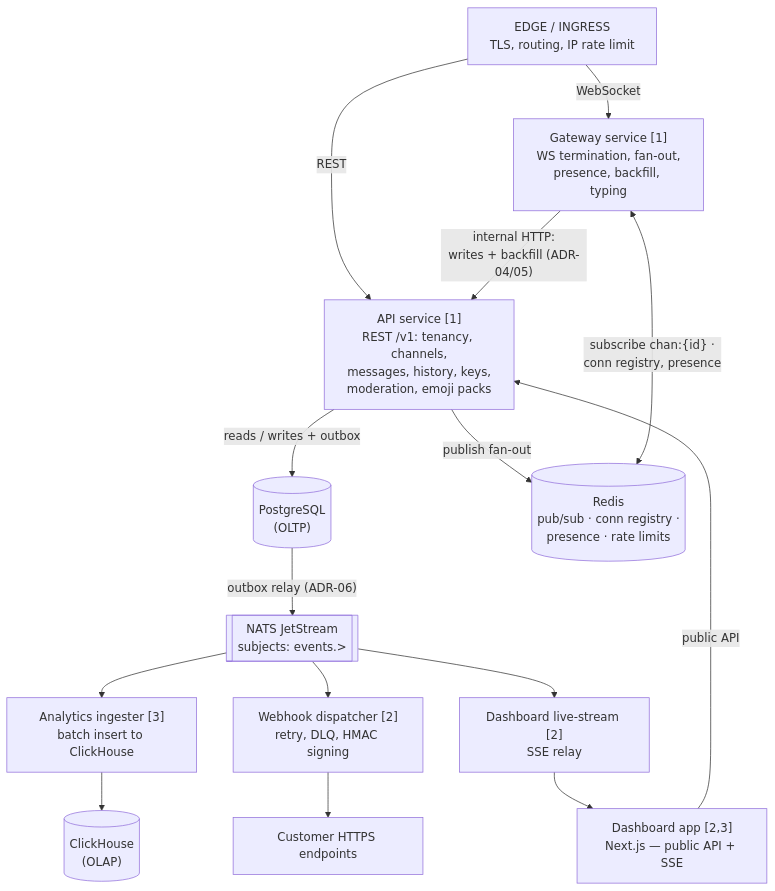
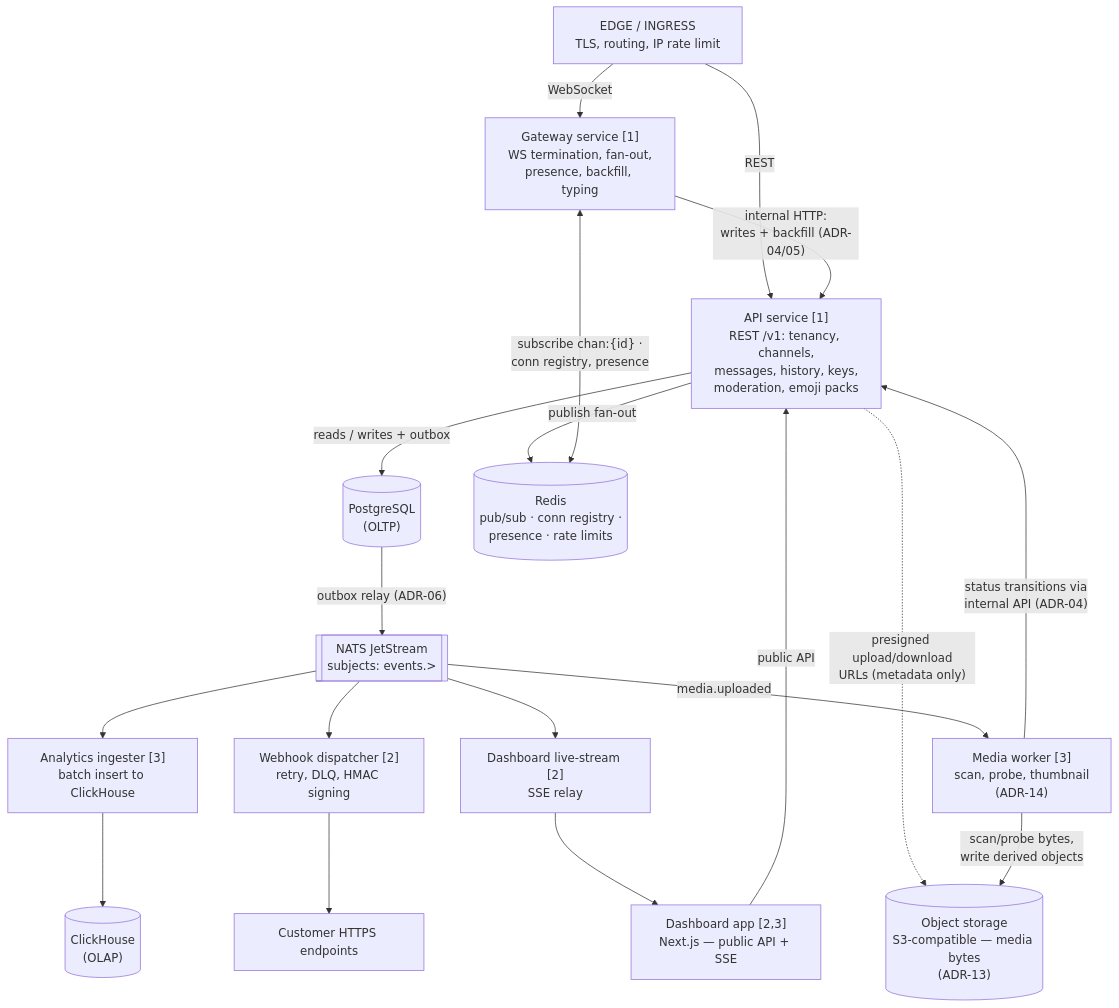
One commit to anhba817/relay changed the second of 6 diagrams in docs/05-sad.md. Above: the diagram before and after it, drawn with Mermaid. The commit also changed other lines of this file and 4 other files, not shown here.

````diff
--- a/docs/05-sad.md
+++ b/docs/05-sad.md
@@ -114,33 +114,39 @@
 ```mermaid
 flowchart TB
     edge["EDGE / INGRESS<br/>TLS, routing, IP rate limit"]
 
     api["API service [1]<br/>REST /v1: tenancy, channels,<br/>messages, history, keys,<br/>moderation, emoji packs"]
     gw["Gateway service [1]<br/>WS termination, fan-out,<br/>presence, backfill, typing"]
 
     pg[("PostgreSQL<br/>(OLTP)")]
     redis[("Redis<br/>pub/sub · conn registry ·<br/>presence · rate limits")]
     nats[["NATS JetStream<br/>subjects: events.>"]]
     ch[("ClickHouse<br/>(OLAP)")]
 
     ingester["Analytics ingester [3]<br/>batch insert to ClickHouse"]
     whd["Webhook dispatcher [2]<br/>retry, DLQ, HMAC signing"]
     sse["Dashboard live-stream [2]<br/>SSE relay"]
+    mediaw["Media worker [3]<br/>scan, probe, thumbnail<br/>(ADR-14)"]
+    obj[("Object storage<br/>S3-compatible — media bytes<br/>(ADR-13)")]
     dashapp["Dashboard app [2,3]<br/>Next.js — public API + SSE"]
     cust["Customer HTTPS endpoints"]
 
     edge -- REST --> api
     edge -- WebSocket --> gw
     gw -- "internal HTTP:<br/>writes + backfill (ADR-04/05)" --> api
     api -- "reads / writes + outbox" --> pg
     api -- "publish fan-out" --> redis
+    api -. "presigned upload/download<br/>URLs (metadata only)" .-> obj
     gw <-- "subscribe chan:{id} ·<br/>conn registry, presence" --> redis
     pg -- "outbox relay (ADR-06)" --> nats
     nats --> ingester
     nats --> whd
     nats --> sse
+    nats -- "media.uploaded" --> mediaw
+    mediaw -- "scan/probe bytes,<br/>write derived objects" --> obj
+    mediaw -- "status transitions via<br/>internal API (ADR-04)" --> api
     ingester --> ch
     whd --> cust
     sse --> dashapp
     dashapp -- "public API" --> api
 ```
````
